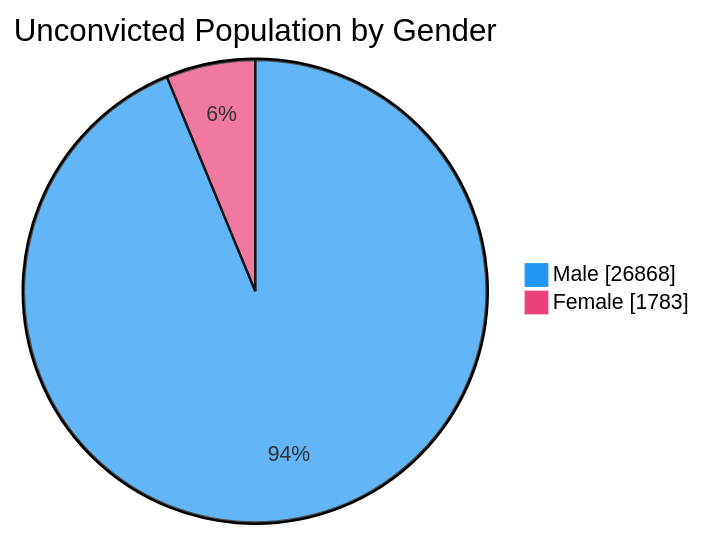
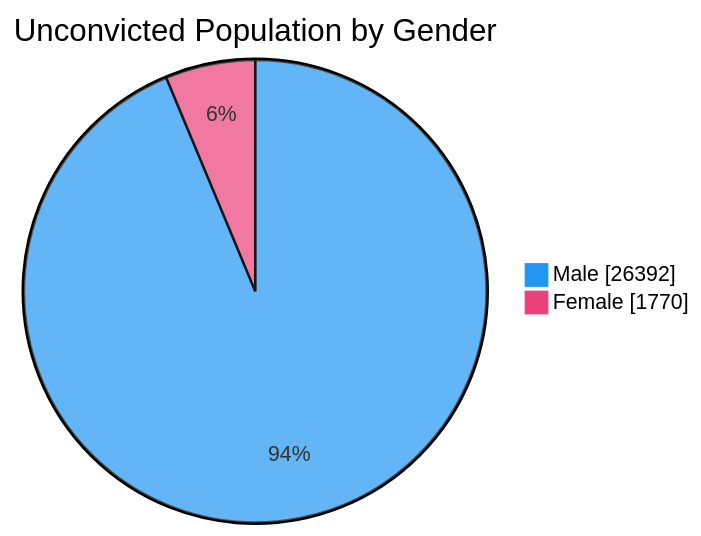
Before and after one commit to nuuuwan/lk_prisons: the fourth of 7 diagrams in README.md, drawn with Mermaid. The commit also changed other lines of this file and 1 other file, not shown here.

````diff
--- a/README.md
+++ b/README.md
@@ -76,6 +76,6 @@
 ```mermaid
 %%{init: {'themeVariables': {'pie1': '#2196F3', 'pie2': '#EC407A'}}}%%
 pie showData title Unconvicted Population by Gender
-    "Male" : 26868
-    "Female" : 1783
+    "Male" : 26392
+    "Female" : 1770
 ```
````
